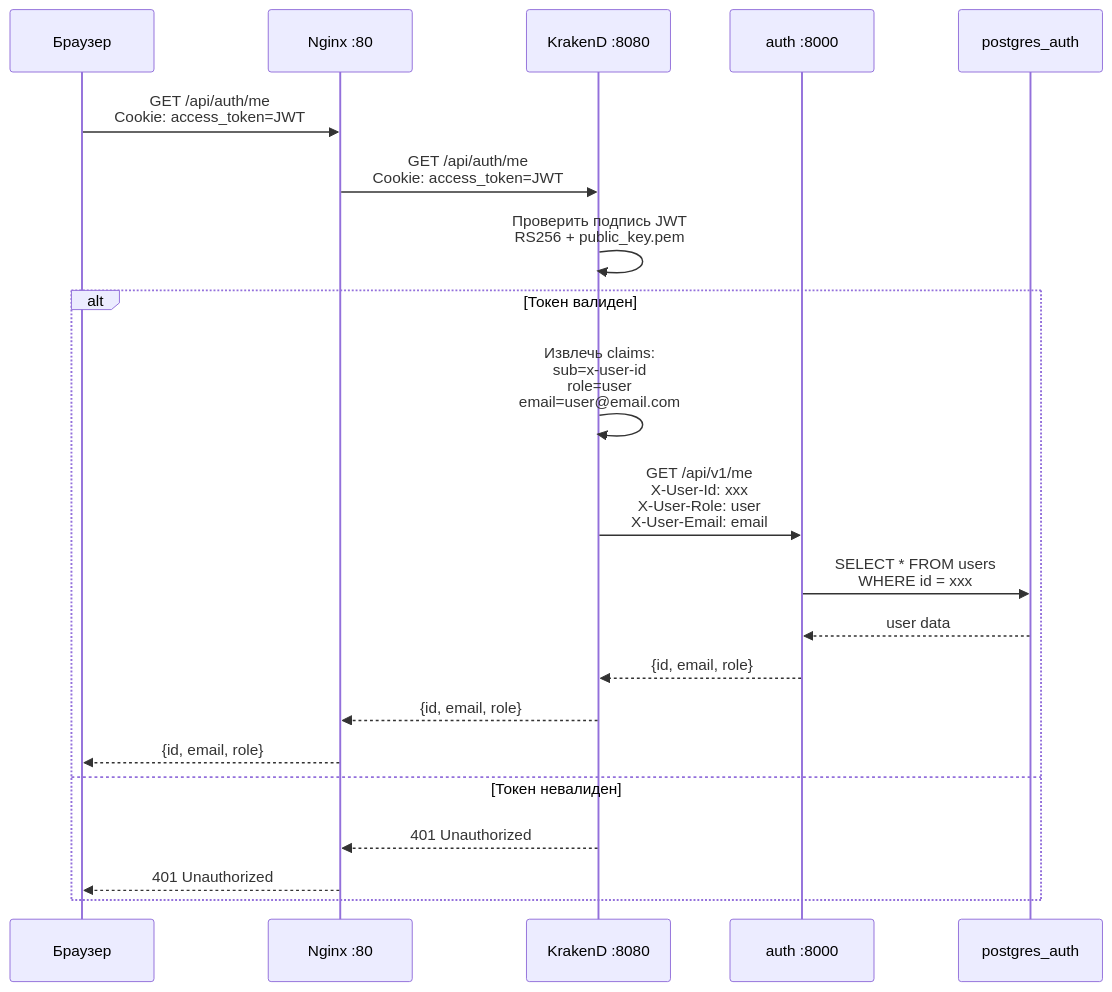
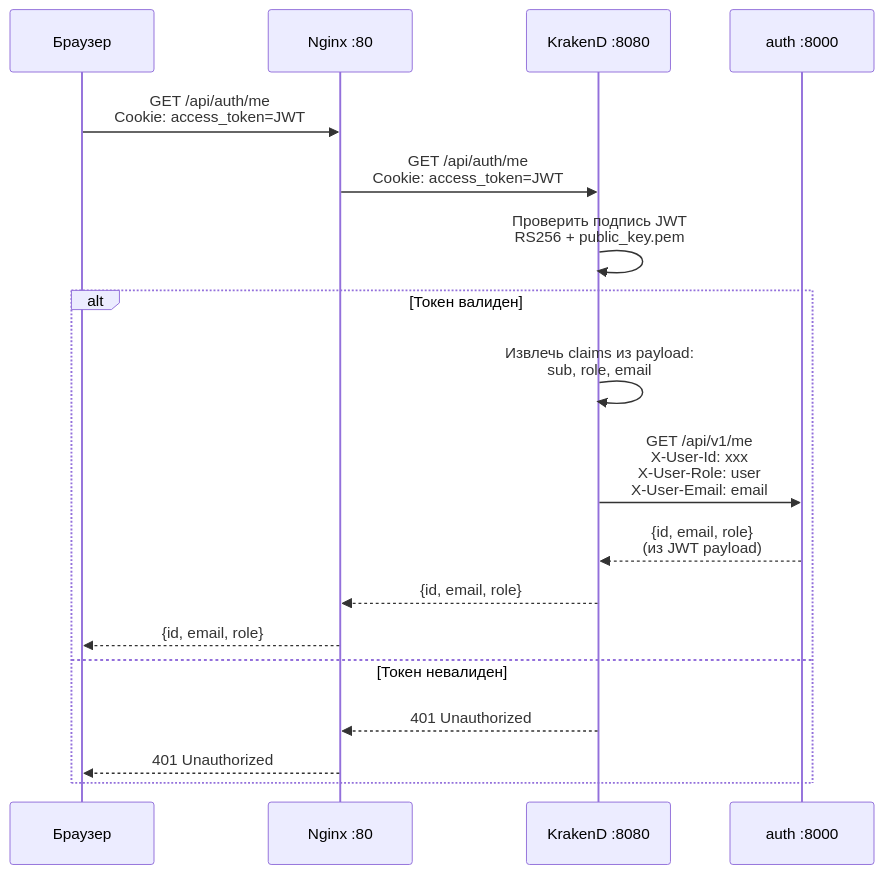
The third of 5 diagrams in docs/architecture.md (mindcoree/LoreLounge), drawn with Mermaid before and after one commit. The commit also changed other lines of this file and 1 other file, not shown here.

````diff
--- a/docs/architecture.md
+++ b/docs/architecture.md
@@ -81,27 +122,24 @@
 ```mermaid
 sequenceDiagram
     participant B as Браузер
     participant N as Nginx :80
     participant K as KrakenD :8080
     participant A as auth :8000
-    participant PG as postgres_auth
 
     B->>N: GET /api/auth/me<br/>Cookie: access_token=JWT
 
     N->>K: GET /api/auth/me<br/>Cookie: access_token=JWT
 
     K->>K: Проверить подпись JWT<br/>RS256 + public_key.pem
 
     alt Токен валиден
-        K->>K: Извлечь claims:<br/>sub=x-user-id<br/>role=user<br/>email=user@email.com
+        K->>K: Извлечь claims из payload:<br/>sub, role, email
         K->>A: GET /api/v1/me<br/>X-User-Id: xxx<br/>X-User-Role: user<br/>X-User-Email: email
-        A->>PG: SELECT * FROM users<br/>WHERE id = xxx
-        PG-->>A: user data
-        A-->>K: {id, email, role}
+        A-->>K: {id, email, role}<br/>(из JWT payload)
         K-->>N: {id, email, role}
         N-->>B: {id, email, role}
     else Токен невалиден
         K-->>N: 401 Unauthorized
         N-->>B: 401 Unauthorized
     end
 ```
````
